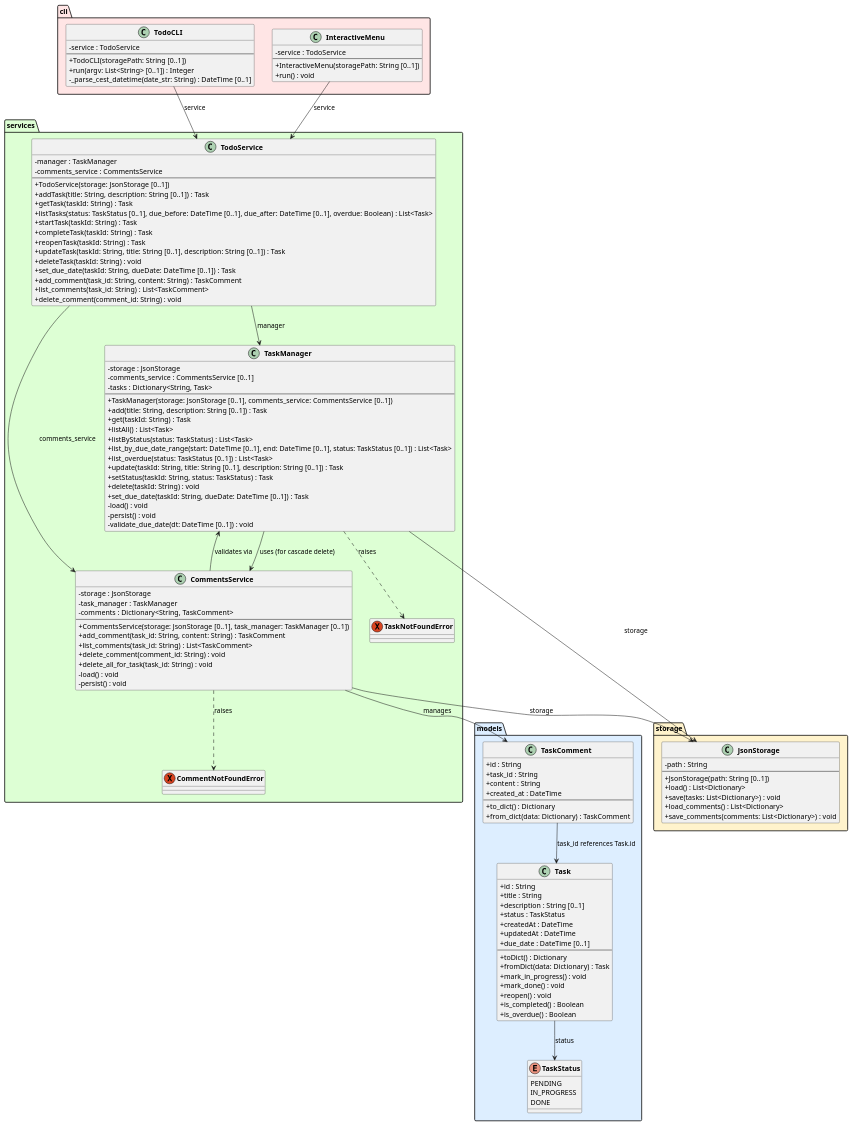
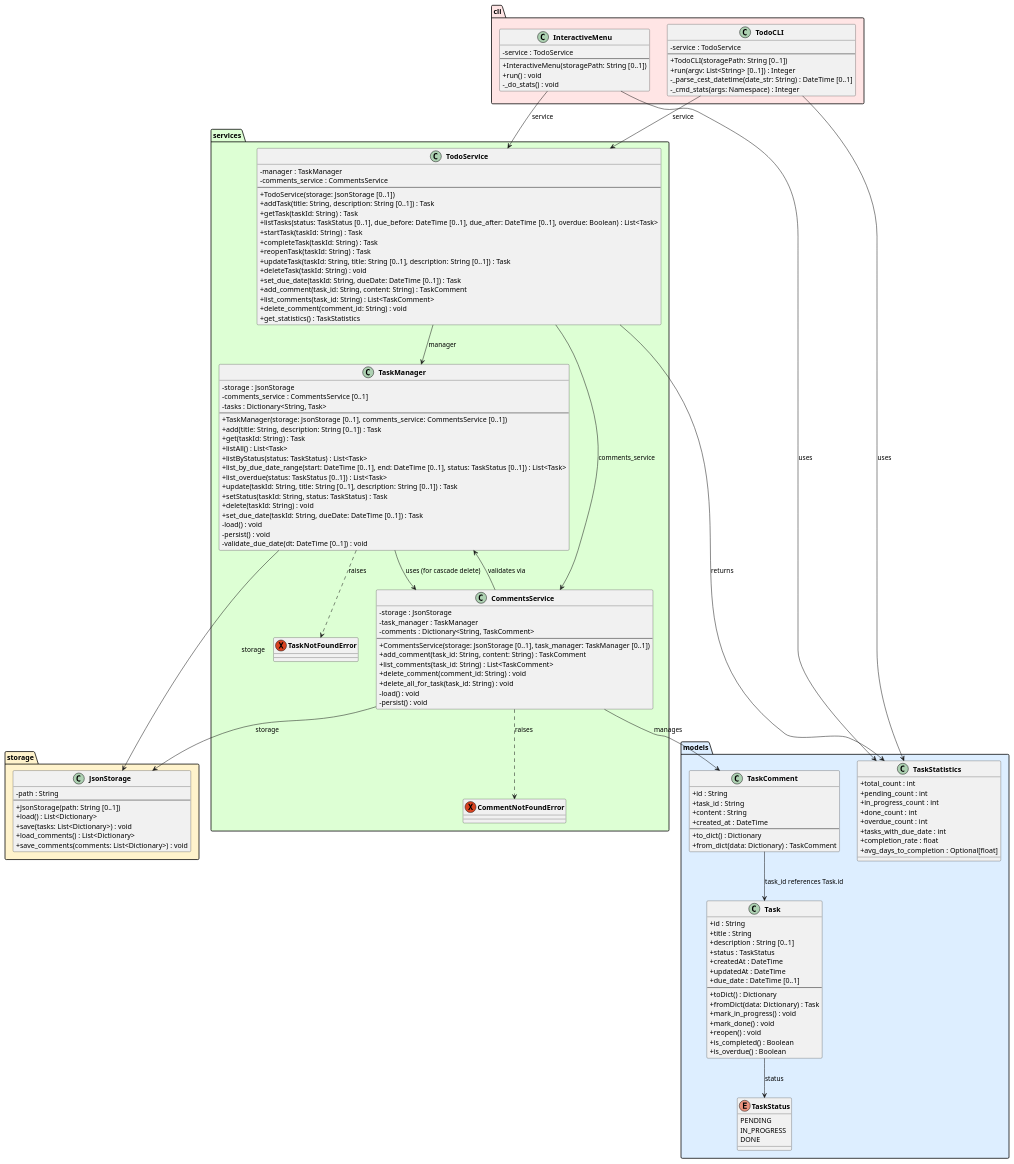
One commit to DanielRiha8906/Software_autoevolution_using_agents changed the diagram in experiments/supervisor_as_tools/structured_text/TODO/artifacts/class_diagram.puml. Above: the diagram before and after it, drawn with PlantUML. The commit also changed 9 other files, not shown here.

First line of the commit message:
task 06 | supervisor_as_tools / structured_text / TODO

```diff
--- a/experiments/supervisor_as_tools/structured_text/TODO/artifacts/class_diagram.puml
+++ b/experiments/supervisor_as_tools/structured_text/TODO/artifacts/class_diagram.puml
@@ -1,144 +1,161 @@
 @startuml class_diagram
 
 skinparam classAttributeIconSize 0
 skinparam classFontStyle bold
 
 package "models" #DDEEFF {
     enum TaskStatus {
         PENDING
         IN_PROGRESS
         DONE
     }
 
     class Task {
         +id : String
         +title : String
         +description : String [0..1]
         +status : TaskStatus
         +createdAt : DateTime
         +updatedAt : DateTime
         +due_date : DateTime [0..1]
         --
         +toDict() : Dictionary
         +fromDict(data: Dictionary) : Task
         +mark_in_progress() : void
         +mark_done() : void
         +reopen() : void
         +is_completed() : Boolean
         +is_overdue() : Boolean
     }
 
     class TaskComment {
         +id : String
         +task_id : String
         +content : String
         +created_at : DateTime
         --
         +to_dict() : Dictionary
         +from_dict(data: Dictionary) : TaskComment
+    }
+
+    class TaskStatistics {
+        +total_count : int
+        +pending_count : int
+        +in_progress_count : int
+        +done_count : int
+        +overdue_count : int
+        +tasks_with_due_date : int
+        +completion_rate : float
+        +avg_days_to_completion : Optional[float]
     }
 }
 
 package "storage" #FFF3CC {
     class JsonStorage {
         -path : String
         --
         +JsonStorage(path: String [0..1])
         +load() : List<Dictionary>
         +save(tasks: List<Dictionary>) : void
         +load_comments() : List<Dictionary>
         +save_comments(comments: List<Dictionary>) : void
     }
 }
 
 package "services" #DDFFD4 {
     exception TaskNotFoundError
     exception CommentNotFoundError
 
     class TaskManager {
         -storage : JsonStorage
         -comments_service : CommentsService [0..1]
         -tasks : Dictionary<String, Task>
         --
         +TaskManager(storage: JsonStorage [0..1], comments_service: CommentsService [0..1])
         +add(title: String, description: String [0..1]) : Task
         +get(taskId: String) : Task
         +listAll() : List<Task>
         +listByStatus(status: TaskStatus) : List<Task>
         +list_by_due_date_range(start: DateTime [0..1], end: DateTime [0..1], status: TaskStatus [0..1]) : List<Task>
         +list_overdue(status: TaskStatus [0..1]) : List<Task>
         +update(taskId: String, title: String [0..1], description: String [0..1]) : Task
         +setStatus(taskId: String, status: TaskStatus) : Task
         +delete(taskId: String) : void
         +set_due_date(taskId: String, dueDate: DateTime [0..1]) : Task
         -load() : void
         -persist() : void
         -validate_due_date(dt: DateTime [0..1]) : void
     }
 
     class CommentsService {
         -storage : JsonStorage
         -task_manager : TaskManager
         -comments : Dictionary<String, TaskComment>
         --
         +CommentsService(storage: JsonStorage [0..1], task_manager: TaskManager [0..1])
         +add_comment(task_id: String, content: String) : TaskComment
         +list_comments(task_id: String) : List<TaskComment>
         +delete_comment(comment_id: String) : void
         +delete_all_for_task(task_id: String) : void
         -load() : void
         -persist() : void
     }
 
     class TodoService {
         -manager : TaskManager
         -comments_service : CommentsService
         --
         +TodoService(storage: JsonStorage [0..1])
         +addTask(title: String, description: String [0..1]) : Task
         +getTask(taskId: String) : Task
         +listTasks(status: TaskStatus [0..1], due_before: DateTime [0..1], due_after: DateTime [0..1], overdue: Boolean) : List<Task>
         +startTask(taskId: String) : Task
         +completeTask(taskId: String) : Task
         +reopenTask(taskId: String) : Task
         +updateTask(taskId: String, title: String [0..1], description: String [0..1]) : Task
         +deleteTask(taskId: String) : void
         +set_due_date(taskId: String, dueDate: DateTime [0..1]) : Task
         +add_comment(task_id: String, content: String) : TaskComment
         +list_comments(task_id: String) : List<TaskComment>
         +delete_comment(comment_id: String) : void
+        +get_statistics() : TaskStatistics
     }
 }
 
 package "cli" #FFE5E5 {
     class TodoCLI {
         -service : TodoService
         --
         +TodoCLI(storagePath: String [0..1])
         +run(argv: List<String> [0..1]) : Integer
         -_parse_cest_datetime(date_str: String) : DateTime [0..1]
+        -_cmd_stats(args: Namespace) : Integer
     }
 
     class InteractiveMenu {
         -service : TodoService
         --
         +InteractiveMenu(storagePath: String [0..1])
         +run() : void
+        -_do_stats() : void
     }
 }
 
 Task --> TaskStatus : status
 TaskComment --> Task : task_id references Task.id
 TaskManager --> JsonStorage : storage
 TaskManager --> CommentsService : uses (for cascade delete)
 TaskManager ..> TaskNotFoundError : raises
 CommentsService --> JsonStorage : storage
 CommentsService --> TaskManager : validates via
 CommentsService --> TaskComment : manages
 CommentsService ..> CommentNotFoundError : raises
 TodoService --> TaskManager : manager
 TodoService --> CommentsService : comments_service
+TodoService --> TaskStatistics : returns
 TodoCLI --> TodoService : service
+TodoCLI --> TaskStatistics : uses
 InteractiveMenu --> TodoService : service
+InteractiveMenu --> TaskStatistics : uses
 
 @enduml
```
